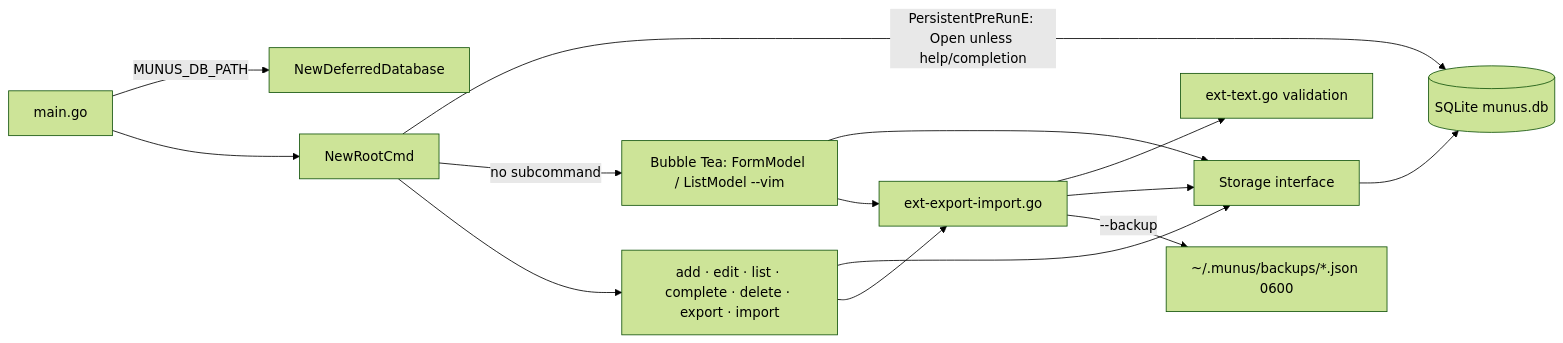
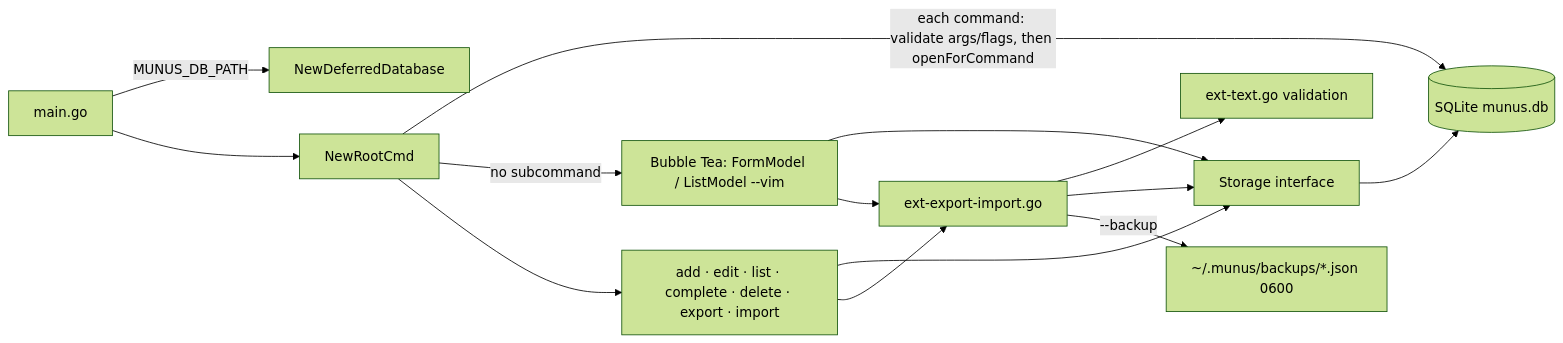
Before and after one commit to jabbott-iii/Munus: the first of 2 diagrams in intel/map.md, drawn with Mermaid (forest theme). The commit also changed other lines of this file and 26 other files, not shown here.

````diff
--- a/intel/map.md
+++ b/intel/map.md
@@ -26,16 +26,16 @@
 ```mermaid
 flowchart LR
   main[main.go] -->|MUNUS_DB_PATH| deferred[NewDeferredDatabase]
   main --> root[NewRootCmd]
-  root -->|PersistentPreRunE: Open unless help/completion| db[(SQLite munus.db)]
+  root -->|each command: validate args/flags, then openForCommand| db[(SQLite munus.db)]
   root -->|no subcommand| tui[Bubble Tea: FormModel / ListModel --vim]
   root --> cli[add · edit · list · complete · delete · export · import]
   tui --> storage[Storage interface]
   cli --> storage
   cli --> xfer[ext-export-import.go]
   tui --> xfer
   xfer --> text[ext-text.go validation]
   xfer --> storage
   xfer -->|--backup| bk[~/.munus/backups/*.json 0600]
   storage --> db
 ```
````
